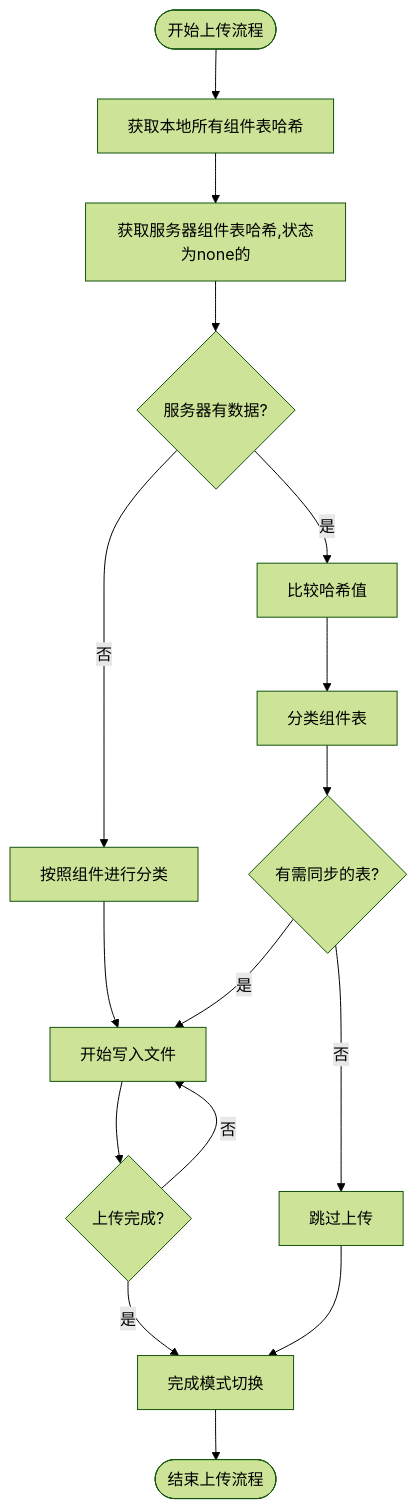
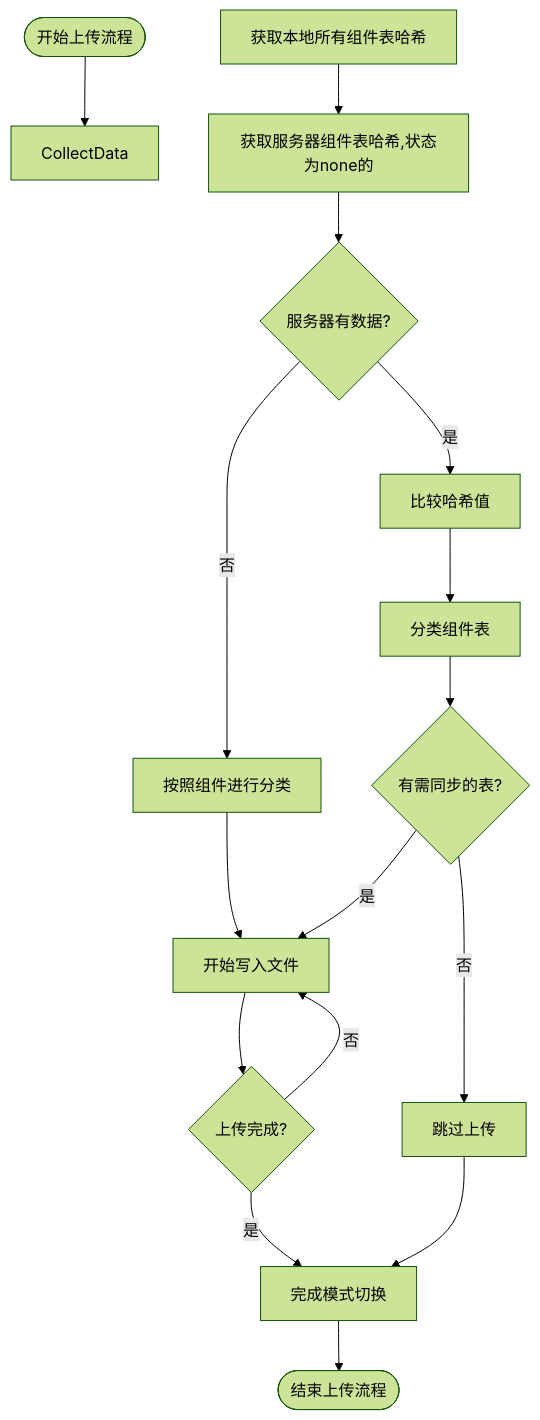
The diagram in all/未命名-59.md (yingjianzh/iodraw-files), drawn with Mermaid (forest theme) before and after one commit.

Commit message:
2025-05-14 15:50:23 update

````diff
--- a/all/未命名-59.md
+++ b/all/未命名-59.md
@@ -1,33 +1,33 @@
 ```mermaid
 
 flowchart TD
-    Start([开始上传流程]) --> 
+    Start([开始上传流程]) --> CollectData
     CollectLocalHashes[获取本地所有组件表哈希]
     CollectLocalHashes --> FetchServerHashes[获取服务器组件表哈希,状态为none的]
     
     FetchServerHashes --> ServerHasData{服务器有数据?}
     
     ServerHasData -->|是| CompareHashes[比较哈希值]
     ServerHasData -->|否| ClassifyTables2[按照组件进行分类]
     ClassifyTables2 --> StartBatching[开始写入文件]
     
     CompareHashes --> ClassifyTables[分类组件表]
     ClassifyTables --> HasChanges{有需同步的表?}
     
     HasChanges -->|否| SkipUpload[跳过上传]
     HasChanges -->|是| StartBatching
     
     StartBatching --> UploadComplete{上传完成?}
 
 
     UploadComplete -->|是| FinalizeMode[完成模式切换]
     UploadComplete -->|否| StartBatching
 
     
     
     FinalizeMode --> End([结束上传流程])
     
     SkipUpload --> FinalizeMode
 
 
 ```
````
